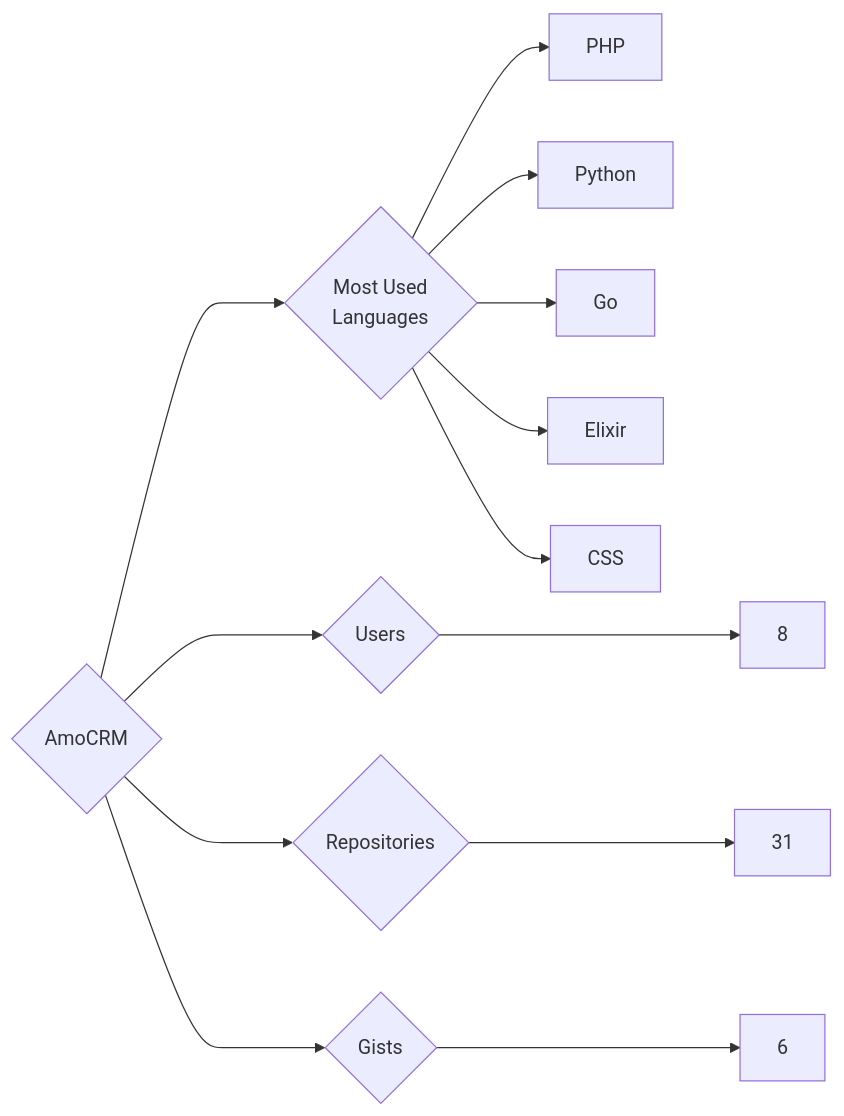
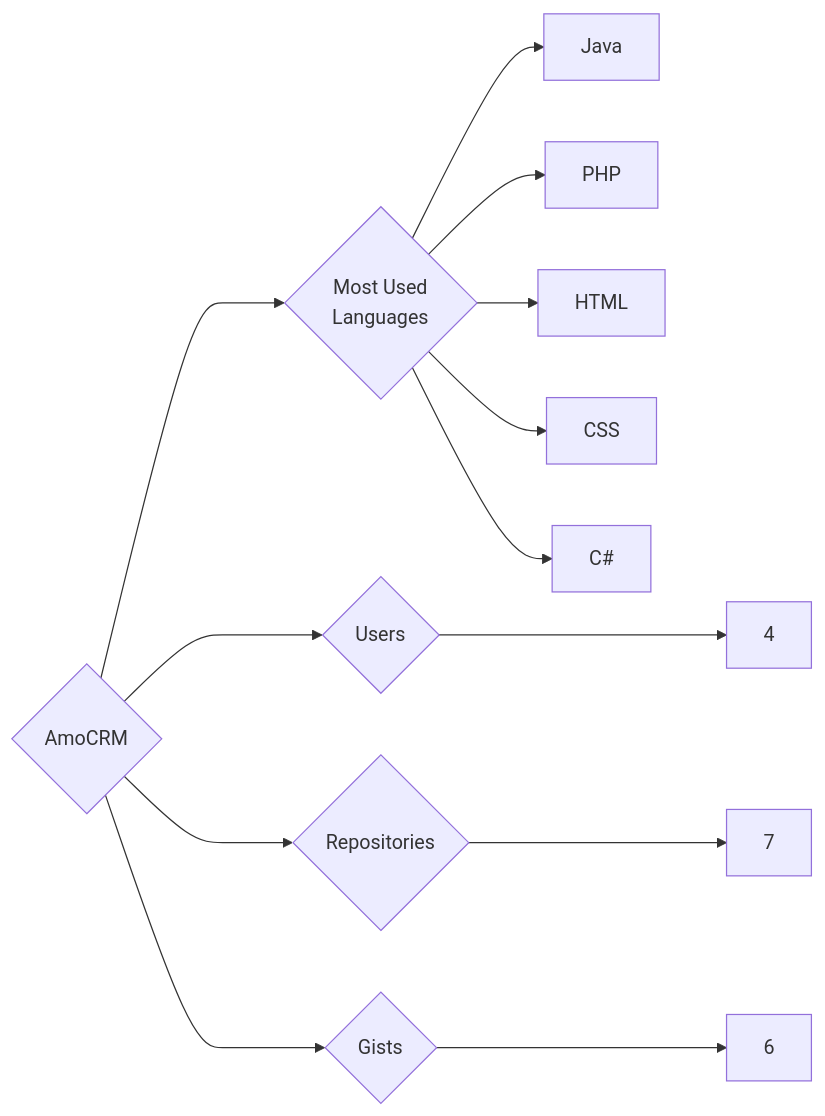
One commit to trickest/insiders changed the diagram in targets/AmoCRM/README.md. Above: the diagram before and after it, drawn with Mermaid. The commit also changed 942 other files, not shown here.

````diff
--- a/targets/AmoCRM/README.md
+++ b/targets/AmoCRM/README.md
@@ -3,13 +3,13 @@
 ```mermaid
 graph LR
 COMPANY_NAME{AmoCRM}
-COMPANY_NAME ---> U{Users} ---> UN[8]
-COMPANY_NAME ---> R{Repositories} ---> RN[31]
+COMPANY_NAME ---> U{Users} ---> UN[4]
+COMPANY_NAME ---> R{Repositories} ---> RN[7]
 COMPANY_NAME ---> G{Gists} ---> GN[6]
 COMPANY_NAME ---> ML{Most Used<br>Languages}
+ML --> Java[Java]
 ML --> PHP[PHP]
-ML --> Python[Python]
-ML --> Go[Go]
-ML --> Elixir[Elixir]
+ML --> HTML[HTML]
 ML --> CSS[CSS]
+ML --> C#[C#]
 ```
````
